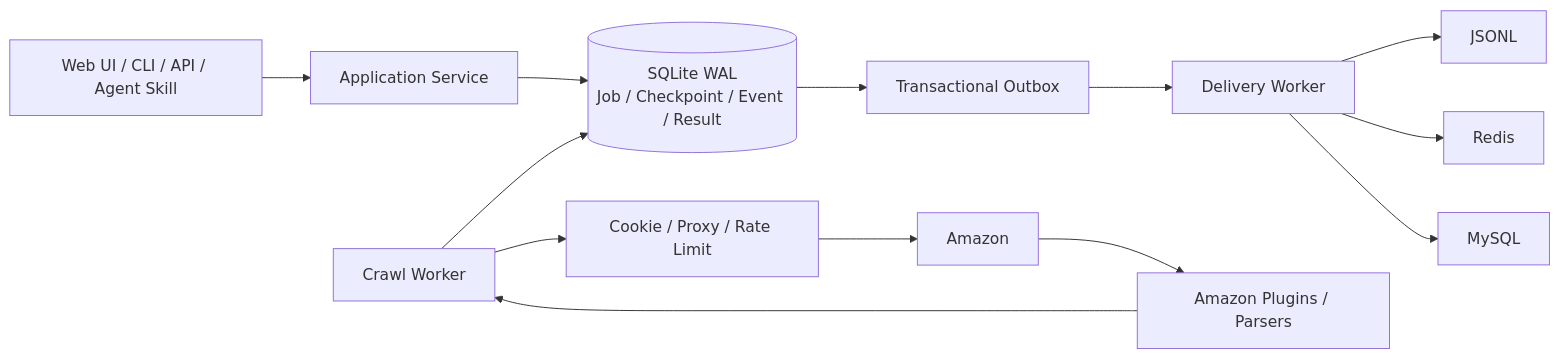
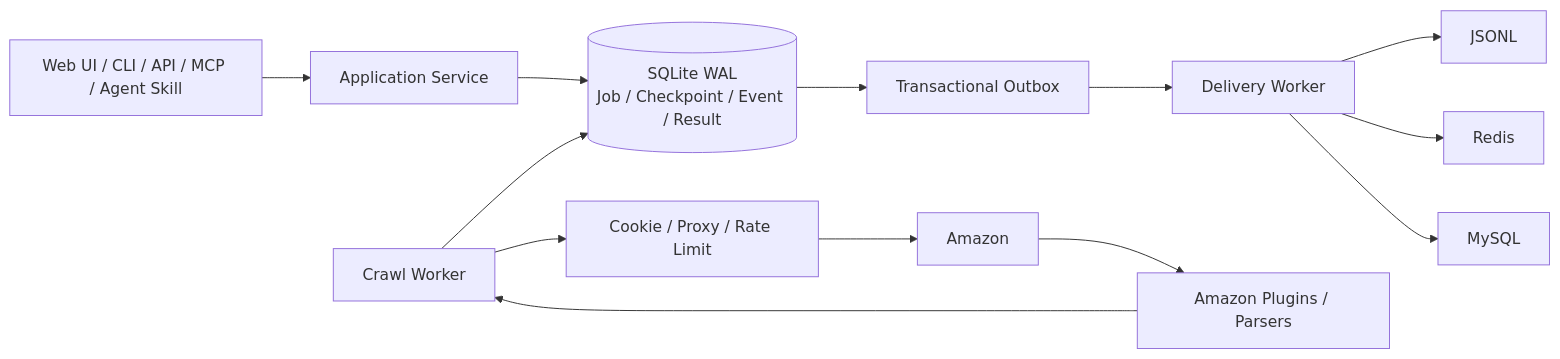
The diagram in README.md (chenshan900821-commits/amazon-crawler-v2), drawn with Mermaid before and after one commit. The commit also changed other lines of this file and 9 other files, not shown here.

````diff
--- a/README.md
+++ b/README.md
@@ -241,15 +341,15 @@
 ```mermaid
 flowchart LR
-    Caller[Web UI / CLI / API / Agent Skill] --> Service[Application Service]
+    Caller[Web UI / CLI / API / MCP / Agent Skill] --> Service[Application Service]
     Service --> Store[(SQLite WAL<br/>Job / Checkpoint / Event / Result)]
     Worker[Crawl Worker] --> Store
     Worker --> Resources[Cookie / Proxy / Rate Limit]
     Resources --> Amazon[Amazon]
     Amazon --> Parser[Amazon Plugins / Parsers]
     Parser --> Worker
     Store --> Outbox[Transactional Outbox]
     Outbox --> Delivery[Delivery Worker]
     Delivery --> JSONL[JSONL]
     Delivery --> Redis[Redis]
     Delivery --> MySQL[MySQL]
 ```
````
